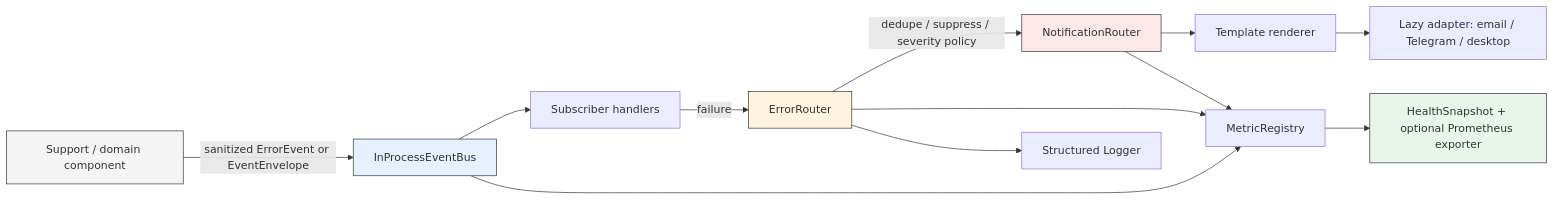
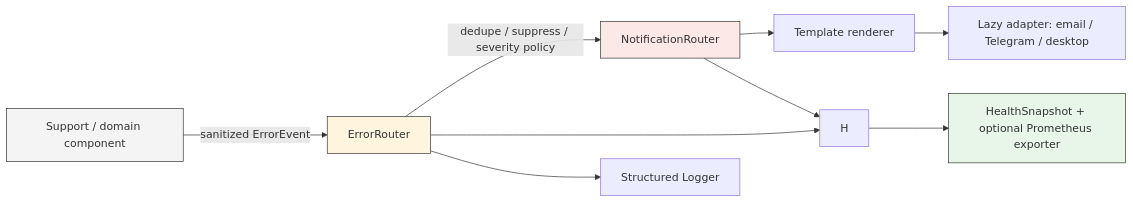
One commit to haruperi/HaruQuantAI changed the third of 3 diagrams in docs/dev/phase-implementation-plan/01-utils.md. Above: the diagram before and after it, drawn with Mermaid. The commit also changed other lines of this file and 465 other files, not shown here.

````diff
--- a/docs/dev/phase-implementation-plan/01-utils.md
+++ b/docs/dev/phase-implementation-plan/01-utils.md
@@ -313,20 +285,16 @@
 ```mermaid
 flowchart LR
-    A[Support / domain component] -->|sanitized ErrorEvent or EventEnvelope| B[InProcessEventBus]
-    B --> C[Subscriber handlers]
-    C -->|failure| D[ErrorRouter]
+    A[Support / domain component] -->|sanitized ErrorEvent| D[ErrorRouter]
     D -->|dedupe / suppress / severity policy| E[NotificationRouter]
     E --> F[Template renderer]
     F --> G[Lazy adapter: email / Telegram / desktop]
-    B --> H[MetricRegistry]
     D --> H
     E --> H
     H --> I[HealthSnapshot + optional Prometheus exporter]
     D --> J[Structured Logger]
 
     style A fill:#f4f4f4,stroke:#333
-    style B fill:#e7f0ff,stroke:#333
     style D fill:#fff5df,stroke:#333
     style E fill:#fce8e6,stroke:#333
     style I fill:#e8f5e9,stroke:#333
 ```
````
